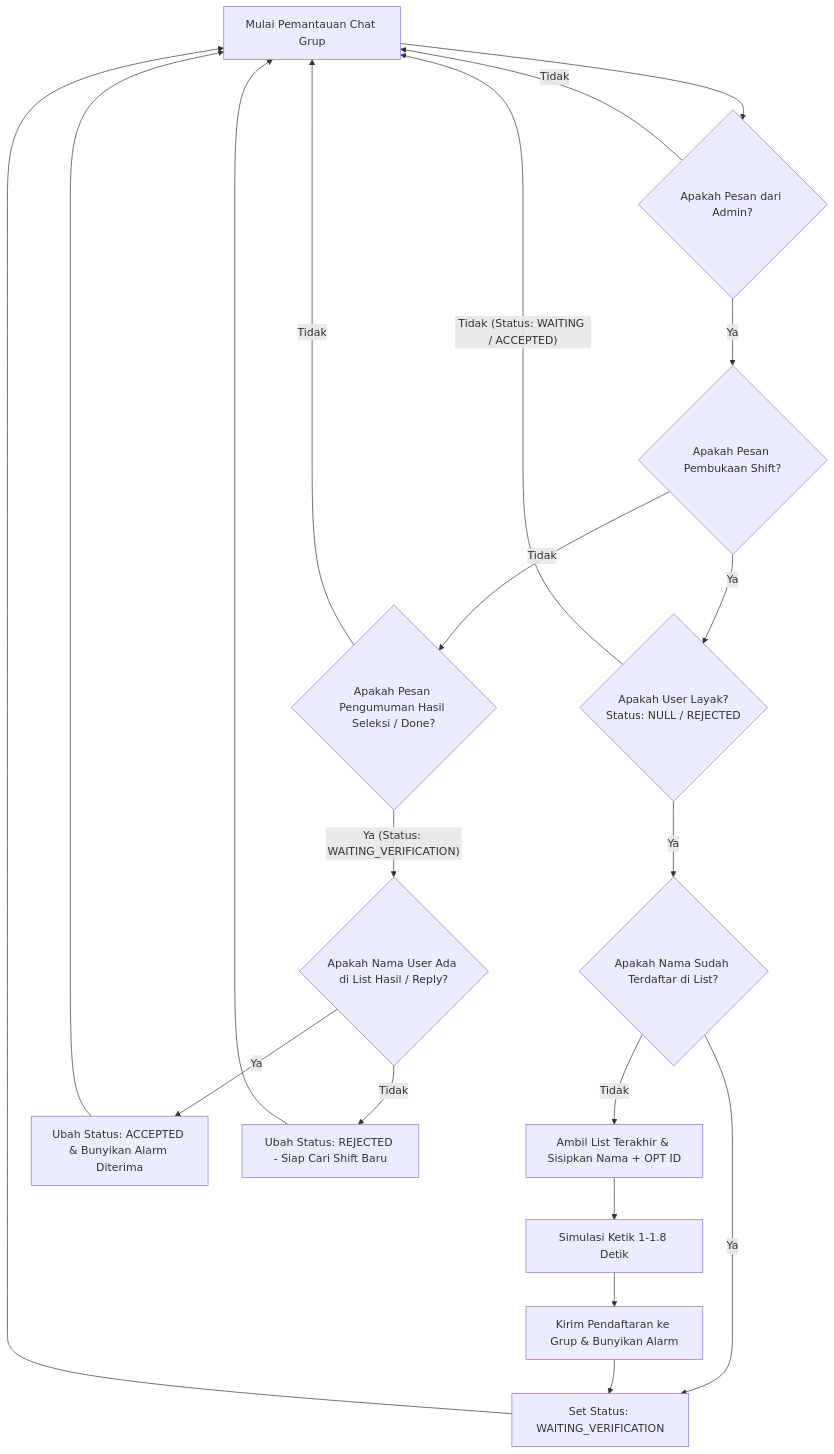
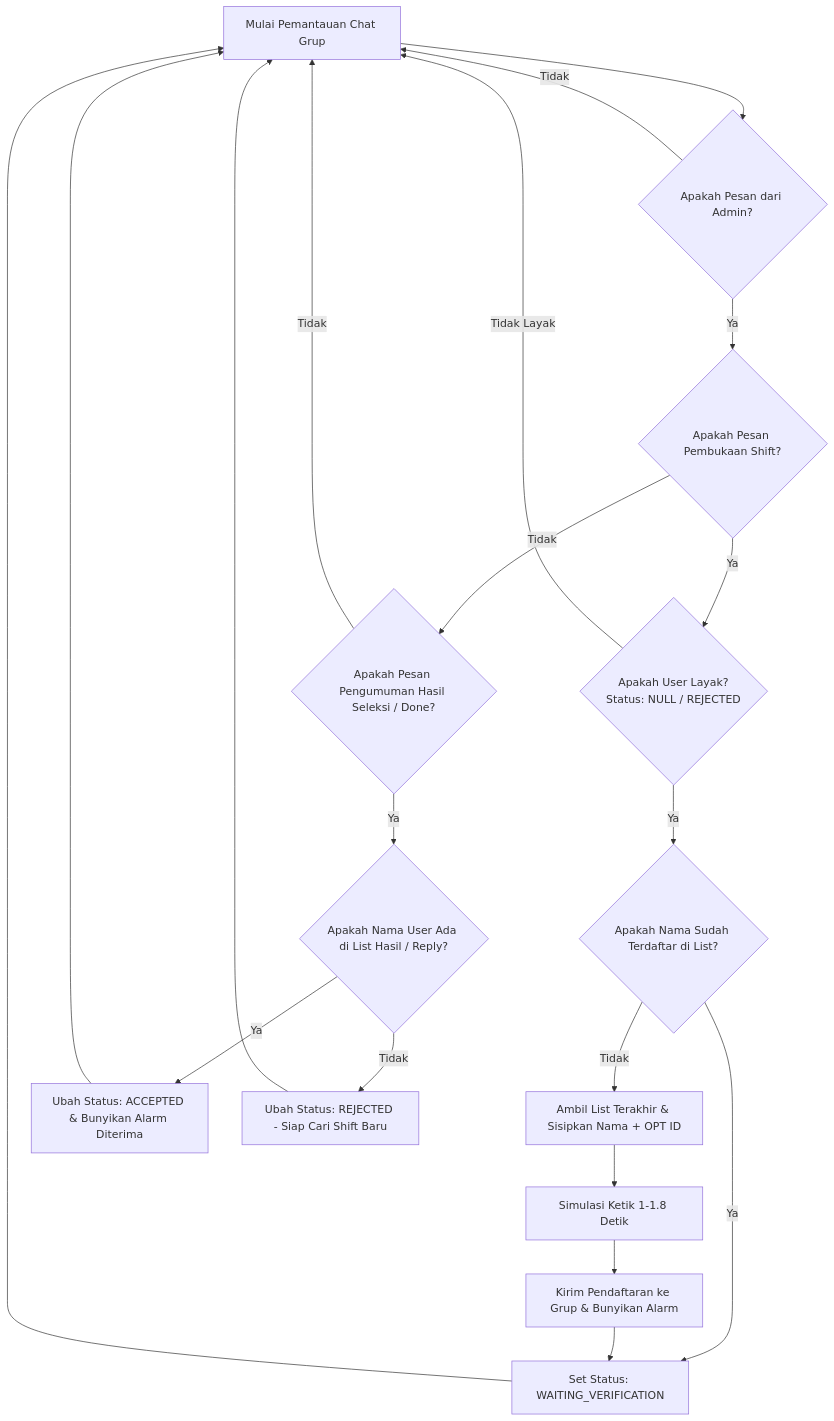
Before and after one commit to daeng1502/sras: the diagram in README.md, drawn with Mermaid.

Commit message:
docs: fix Mermaid diagram syntax in README.md

````diff
--- a/README.md
+++ b/README.md
@@ -43,23 +43,24 @@
 ```mermaid
 flowchart TD
     A[Mulai Pemantauan Chat Grup] --> B{Apakah Pesan dari Admin?}
-    B -- Tidak --> A
-    B -- Ya --> C{Apakah Pesan Pembukaan Shift?}
+    B -->|Tidak| A
+    B -->|Ya| C{Apakah Pesan Pembukaan Shift?}
     
-    C -- Ya --> D{Apakah User Layak? <br/>Status: NULL / REJECTED}
-    D -- Tidak (Status: WAITING / ACCEPTED) --> A
-    D -- Ya --> E{Apakah Nama Sudah Terdaftar di List?}
-    E -- Ya --> F[Set Status: WAITING_VERIFICATION] --> A
-    E -- Tidak --> G[Ambil List Terakhir & Sisipkan Nama + OPT ID]
+    C -->|Ya| D{Apakah User Layak? <br/>Status: NULL / REJECTED}
+    D -->|Tidak Layak| A
+    D -->|Ya| E{Apakah Nama Sudah Terdaftar di List?}
+    E -->|Ya| F[Set Status: WAITING_VERIFICATION]
+    F --> A
+    E -->|Tidak| G[Ambil List Terakhir & Sisipkan Nama + OPT ID]
     G --> H[Simulasi Ketik 1-1.8 Detik]
     H --> I[Kirim Pendaftaran ke Grup & Bunyikan Alarm]
     I --> F
     
-    C -- Tidak --> J{Apakah Pesan Pengumuman Hasil Seleksi / Done?}
-    J -- Ya (Status: WAITING_VERIFICATION) --> K{Apakah Nama User Ada di List Hasil / Reply?}
-    K -- Ya --> L[Ubah Status: ACCEPTED & Bunyikan Alarm Diterima]
-    K -- Tidak --> M[Ubah Status: REJECTED - Siap Cari Shift Baru]
+    C -->|Tidak| J{Apakah Pesan Pengumuman Hasil Seleksi / Done?}
+    J -->|Ya| K{Apakah Nama User Ada di List Hasil / Reply?}
+    K -->|Ya| L[Ubah Status: ACCEPTED & Bunyikan Alarm Diterima]
+    K -->|Tidak| M[Ubah Status: REJECTED - Siap Cari Shift Baru]
     L --> A
     M --> A
-    J -- Tidak --> A
+    J -->|Tidak| A
 ```
````
